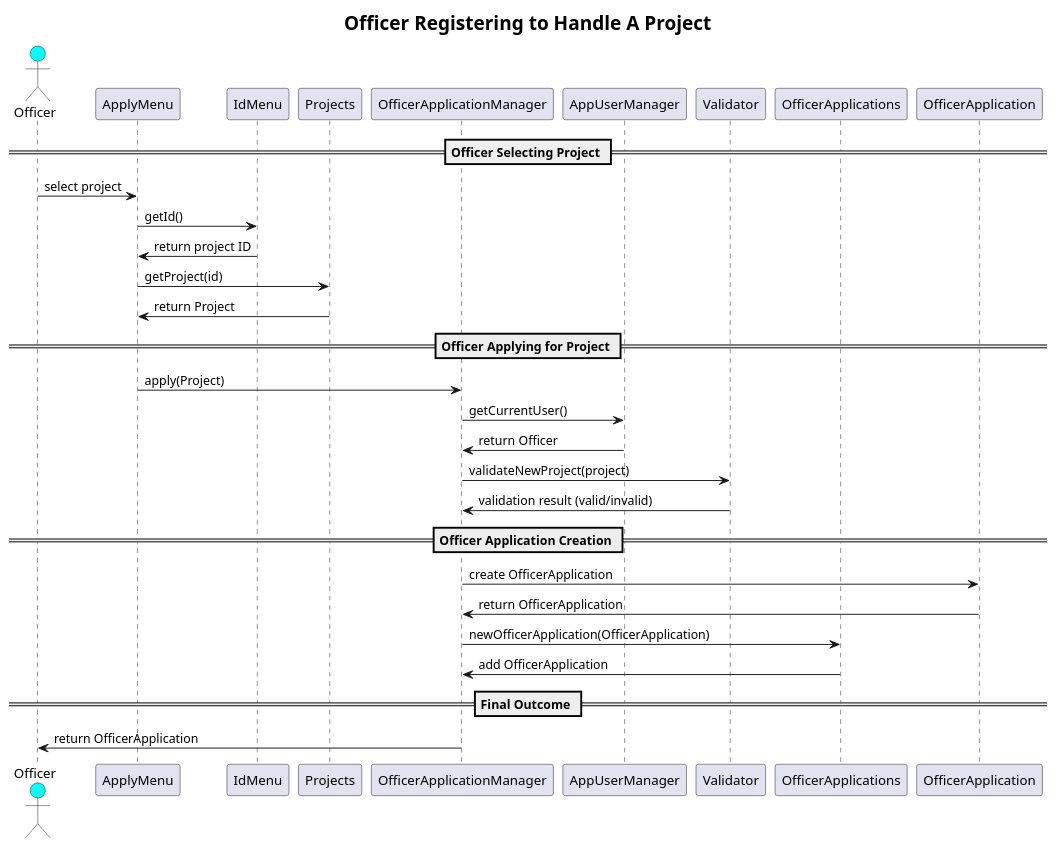
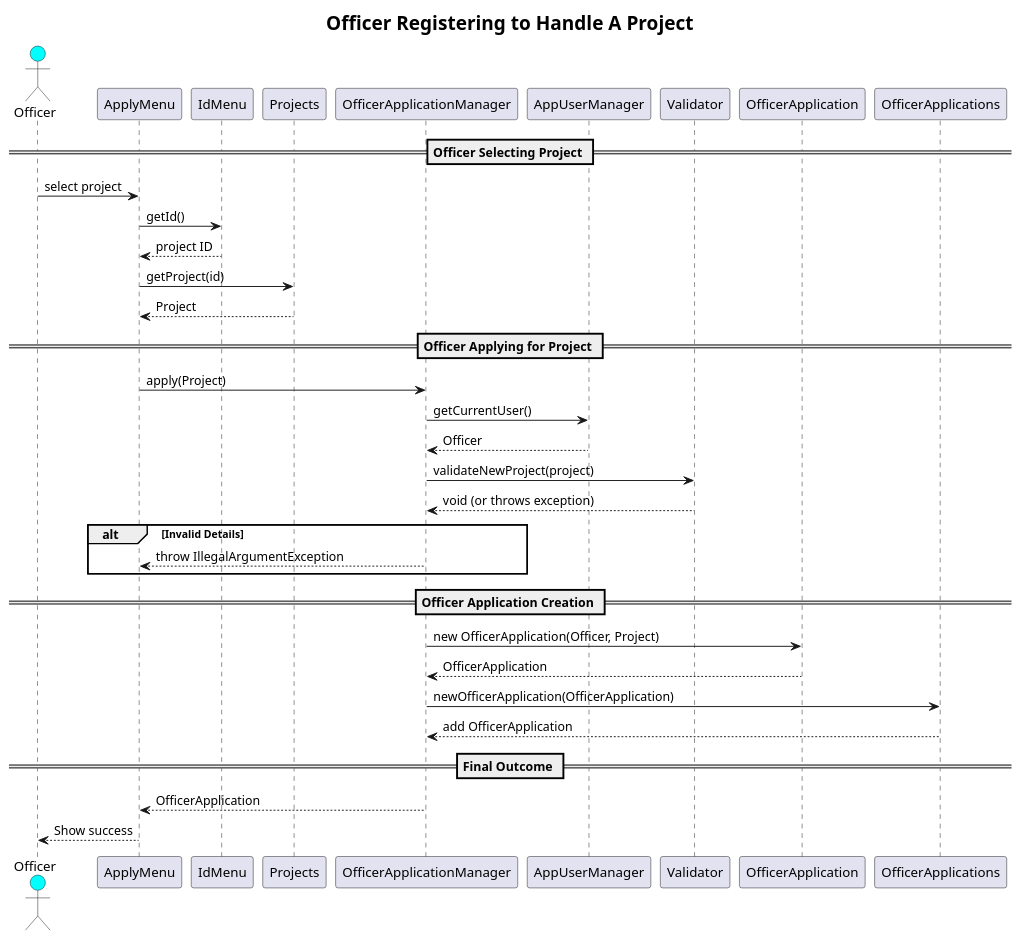
Before and after one commit to arpita729/SC2002-Project: the diagram in Sequence Diagram Two (OfficerHandlesProject).wsd, drawn with PlantUML. The commit also changed 1 other file, not shown here.

Commit message:
tweak seq diagrams

```diff
--- a/Sequence Diagram Two (OfficerHandlesProject).wsd
+++ b/Sequence Diagram Two (OfficerHandlesProject).wsd
@@ -1,37 +1,42 @@
 @startuml
 skinparam titleFontSize 20
 title Officer Registering to Handle A Project
 
 actor Officer #00FFFF
 participant "ApplyMenu" as ApplyMenu
 participant "IdMenu" as IdMenu
 participant "Projects" as Projects
 participant "OfficerApplicationManager" as OfficerApplicationManager
 participant "AppUserManager" as AppUserManager
 participant "Validator" as Validator
+participant "OfficerApplication" as OfficerApplication
 participant "OfficerApplications" as OfficerApplications
-participant "OfficerApplication" as OfficerApplication
 
 == Officer Selecting Project ==
 Officer -> ApplyMenu : select project
 ApplyMenu -> IdMenu : getId()
-IdMenu -> ApplyMenu : return project ID
+IdMenu --> ApplyMenu : project ID
 ApplyMenu -> Projects : getProject(id)
-Projects -> ApplyMenu : return Project
+Projects --> ApplyMenu : Project
 
 == Officer Applying for Project ==
 ApplyMenu -> OfficerApplicationManager : apply(Project)
 OfficerApplicationManager -> AppUserManager : getCurrentUser()
-AppUserManager -> OfficerApplicationManager : return Officer
+AppUserManager --> OfficerApplicationManager : Officer
 OfficerApplicationManager -> Validator : validateNewProject(project)
-Validator -> OfficerApplicationManager : validation result (valid/invalid)
+Validator --> OfficerApplicationManager : void (or throws exception)
+
+alt Invalid Details
+    OfficerApplicationManager --> ApplyMenu : throw IllegalArgumentException
+end alt
 
 == Officer Application Creation ==
-OfficerApplicationManager -> OfficerApplication : create OfficerApplication
-OfficerApplication -> OfficerApplicationManager : return OfficerApplication
+OfficerApplicationManager -> OfficerApplication : new OfficerApplication(Officer, Project)
+OfficerApplication --> OfficerApplicationManager : OfficerApplication
 OfficerApplicationManager -> OfficerApplications : newOfficerApplication(OfficerApplication)
-OfficerApplications -> OfficerApplicationManager : add OfficerApplication
+OfficerApplications --> OfficerApplicationManager : add OfficerApplication
 
 == Final Outcome ==
-OfficerApplicationManager -> Officer : return OfficerApplication
+OfficerApplicationManager --> ApplyMenu : OfficerApplication
+ApplyMenu --> Officer : Show success
 @enduml
```
